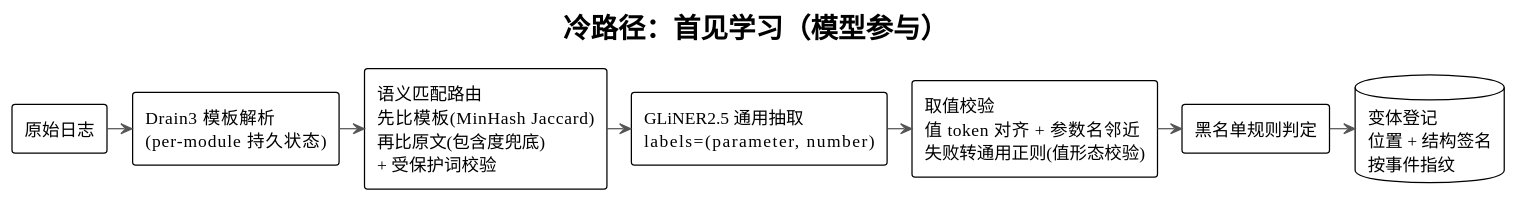
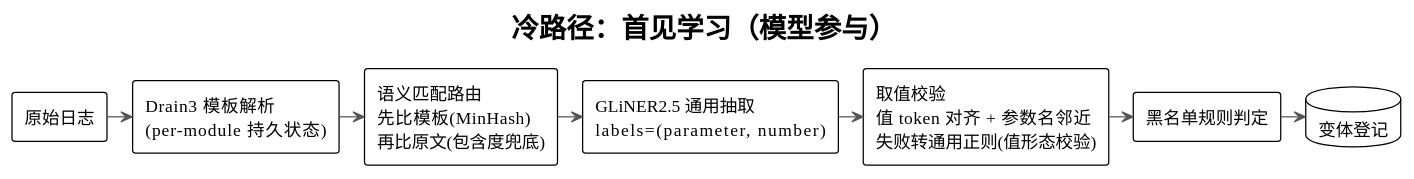
Before and after one commit to HouMonKy/TIG-PIPLUP: the sixth of 15 diagrams in LogNet3.0方案设计与实现文档.md, drawn with PlantUML. The commit also changed other lines of this file, not shown here.

````diff
--- a/LogNet3.0方案设计与实现文档.md
+++ b/LogNet3.0方案设计与实现文档.md
@@ -581,26 +555,26 @@
 ```plantuml
 @startuml Parameter_Overview_Cold
 !theme plain
 skinparam shadowing false
 skinparam ArrowColor #555555
 skinparam nodesep 20
 skinparam ranksep 30
 
 title 冷路径：首见学习（模型参与）
 
 rectangle "原始日志" as log
 rectangle "Drain3 模板解析\n(per-module 持久状态)" as drain
-rectangle "语义匹配路由\n先比模板(MinHash Jaccard)\n再比原文(包含度兜底)\n+ 受保护词校验" as match
+rectangle "语义匹配路由\n先比模板(MinHash)\n再比原文(包含度兜底)" as match
 rectangle "GLiNER2.5 通用抽取\nlabels=(parameter, number)" as gliner
 rectangle "取值校验\n值 token 对齐 + 参数名邻近\n失败转通用正则(值形态校验)" as guard
 rectangle "黑名单规则判定" as rule
-database "变体登记\n位置 + 结构签名\n按事件指纹" as reg
+database "变体登记" as reg
 
 log -right-> drain
 drain -right-> match
 match -right-> gliner
 gliner -right-> guard
 guard -right-> rule
 rule -right-> reg
 @enduml
 ```
````
